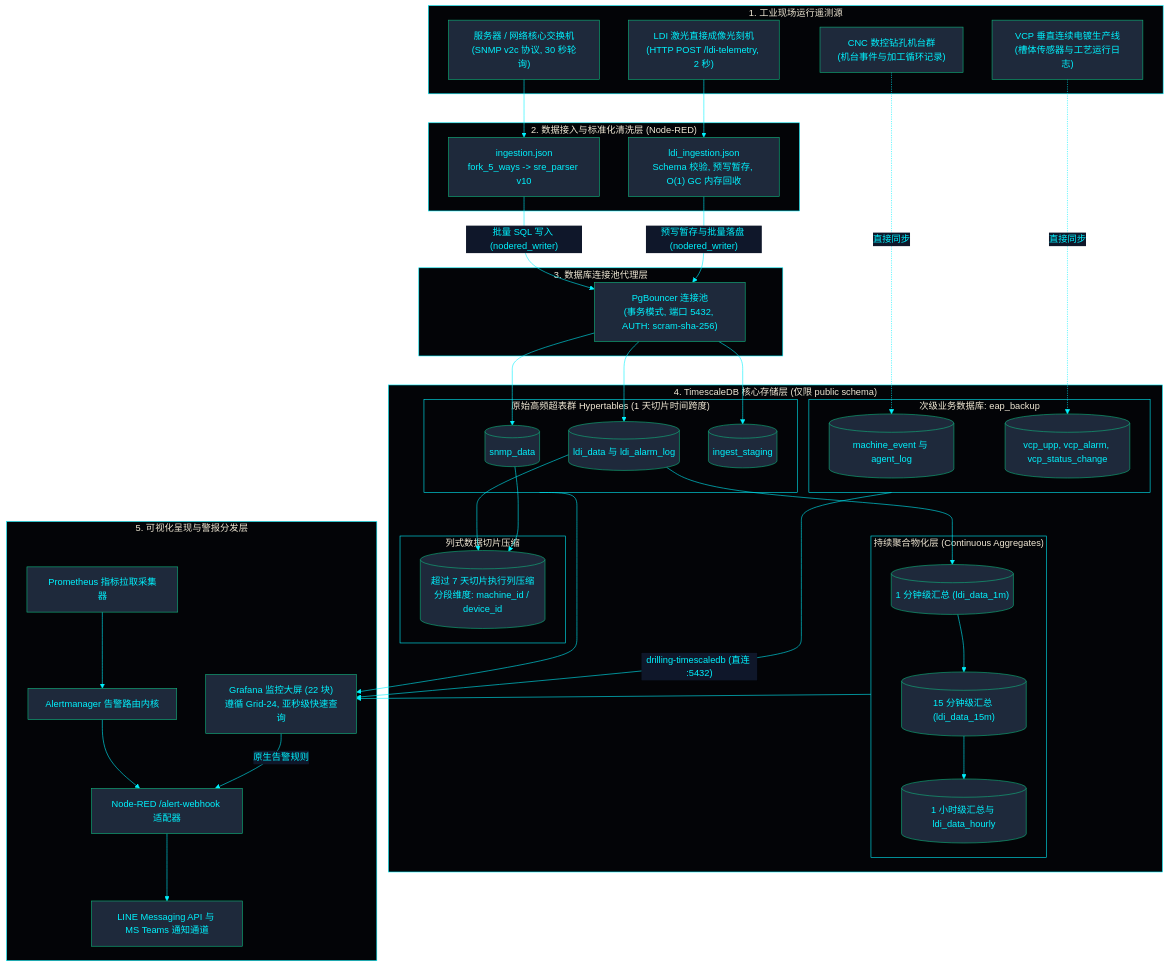
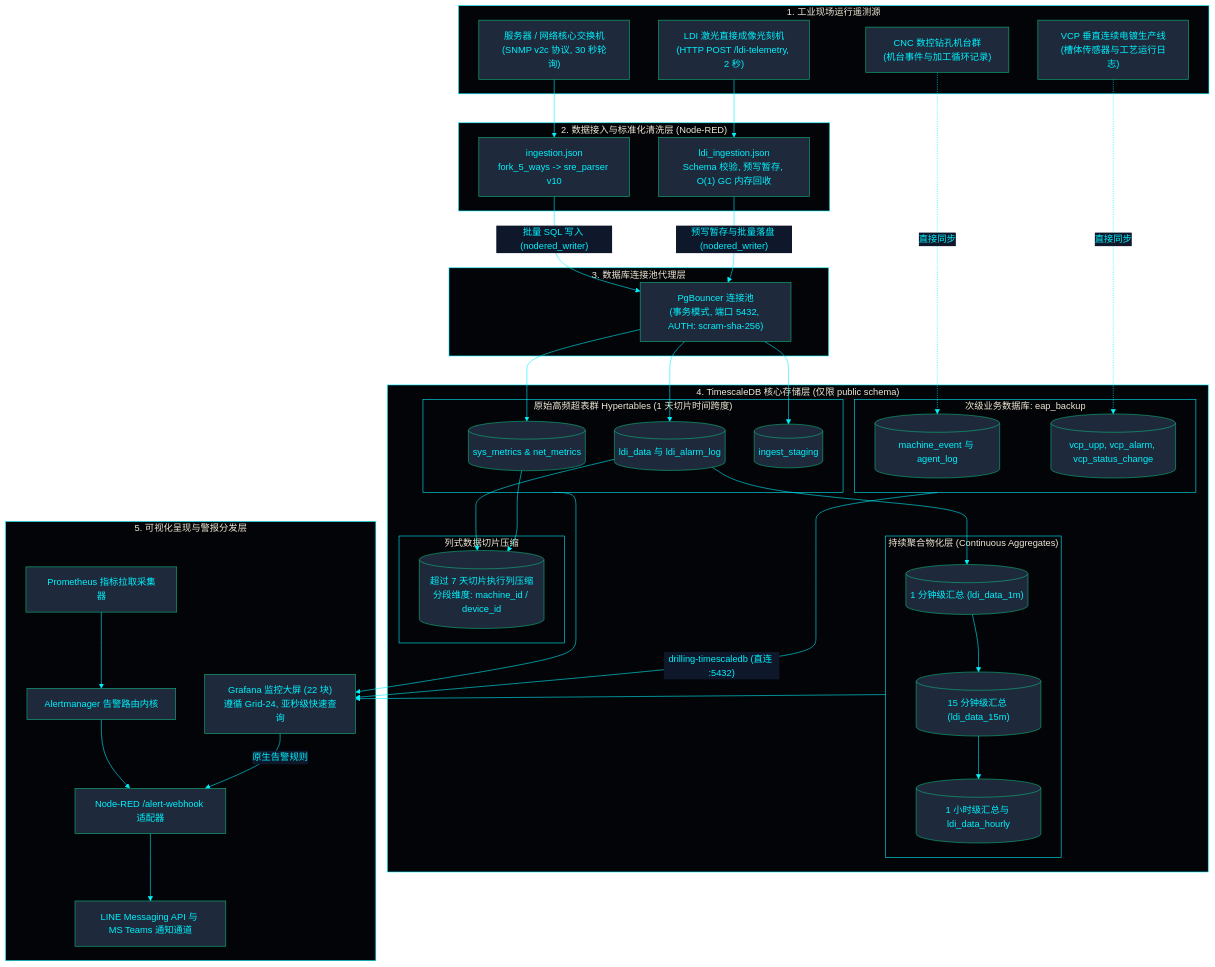
The first of 3 diagrams in zh-CN/docs/architecture/DATA_FLOW.md (PATTANAKORN025/IMS), drawn with Mermaid before and after one commit. The commit also changed 19 other files, not shown here.

First line of the commit message:
docs(architecture): eliminate phantom snmp_data and align diagrams with true schema

````diff
--- a/zh-CN/docs/architecture/DATA_FLOW.md
+++ b/zh-CN/docs/architecture/DATA_FLOW.md
@@ -28,69 +28,69 @@
 ```mermaid
 %%{init: {'theme': 'base', 'themeVariables': { 'primaryColor': '#1e293b', 'primaryTextColor': '#00F2FE', 'primaryBorderColor': '#10B981', 'lineColor': '#00F2FE', 'secondaryColor': '#0f172a', 'tertiaryColor': '#0f172a', 'clusterBkg': '#030407', 'clusterBorder': '#00F2FE'}}}%%
 flowchart TB
   subgraph SOURCES["1. 工业现场运行遥测源"]
     SNMP_DEV["服务器 / 网络核心交换机\n(SNMP v2c 协议, 30 秒轮询)"]
     LDI_DEV["LDI 激光直接成像光刻机\n(HTTP POST /ldi-telemetry, 2 秒)"]
     DRL_DEV["CNC 数控钻孔机台群\n(机台事件与加工循环记录)"]
     VCP_DEV["VCP 垂直连续电镀生产线\n(槽体传感器与工艺运行日志)"]
   end
 
   subgraph INGESTION["2. 数据接入与标准化清洗层 (Node-RED)"]
     NR_INFRA["ingestion.json\nfork_5_ways -> sre_parser v10"]
     NR_LDI["ldi_ingestion.json\nSchema 校验, 预写暂存, O(1) GC 内存回收"]
   end
 
   subgraph POOL["3. 数据库连接池代理层"]
     PGB["PgBouncer 连接池\n(事务模式, 端口 5432, AUTH: scram-sha-256)"]
   end
 
   subgraph STORAGE["4. TimescaleDB 核心存储层 (仅限 public schema)"]
     subgraph HYPER["原始高频超表群 Hypertables (1 天切片时间跨度)"]
-      HT_SYS[("snmp_data")]
+      HT_SYS[("sys_metrics & net_metrics")]
       HT_LDI[("ldi_data 与 ldi_alarm_log")]
       HT_STG[("ingest_staging")]
     end
     subgraph EAP_DB["次级业务数据库: eap_backup"]
       EAP_DRL[("machine_event 与 agent_log")]
       EAP_VCP[("vcp_upp, vcp_alarm, vcp_status_change")]
     end
     subgraph CAGGS["持续聚合物化层 (Continuous Aggregates)"]
       CAGG_1M[("1 分钟级汇总 (ldi_data_1m)")]
       CAGG_15M[("15 分钟级汇总 (ldi_data_15m)")]
       CAGG_1H[("1 小时级汇总与 ldi_data_hourly")]
     end
     subgraph COMPRESS["列式数据切片压缩"]
       COL[("超过 7 天切片执行列压缩\n分段维度: machine_id / device_id")]
     end
   end
 
   subgraph DISPATCH["5. 可视化呈现与警报分发层"]
     GRAF["Grafana 监控大屏 (22 块)\n遵循 Grid-24, 亚秒级快速查询"]
     PROM["Prometheus 指标拉取采集器"]
     AM["Alertmanager 告警路由内核"]
     WH["Node-RED /alert-webhook 适配器"]
     NOTIF["LINE Messaging API 与 MS Teams 通知通道"]
   end
 
   SNMP_DEV --> NR_INFRA
   LDI_DEV --> NR_LDI
   DRL_DEV -.->|"直接同步"| EAP_DRL
   VCP_DEV -.->|"直接同步"| EAP_VCP
 
   NR_INFRA -->|"批量 SQL 写入 (nodered_writer)"| PGB
   NR_LDI -->|"预写暂存与批量落盘 (nodered_writer)"| PGB
 
   PGB --> HT_SYS
   PGB --> HT_LDI
   PGB --> HT_STG
 
   HT_LDI --> CAGG_1M --> CAGG_15M --> CAGG_1H
   HT_LDI --> COL
   HT_SYS --> COL
 
   CAGGS --> GRAF
   HYPER --> GRAF
   EAP_DB -->|"drilling-timescaledb (直连 :5432)"| GRAF
   PROM --> AM --> WH --> NOTIF
   GRAF -->|"原生告警规则"| WH
 ```
````
